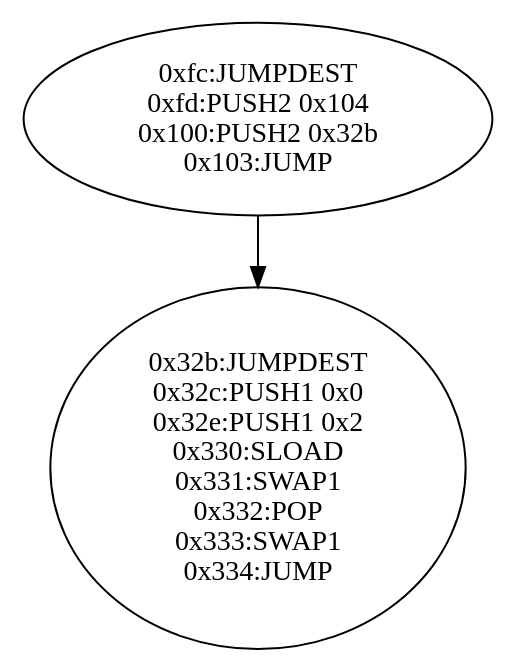
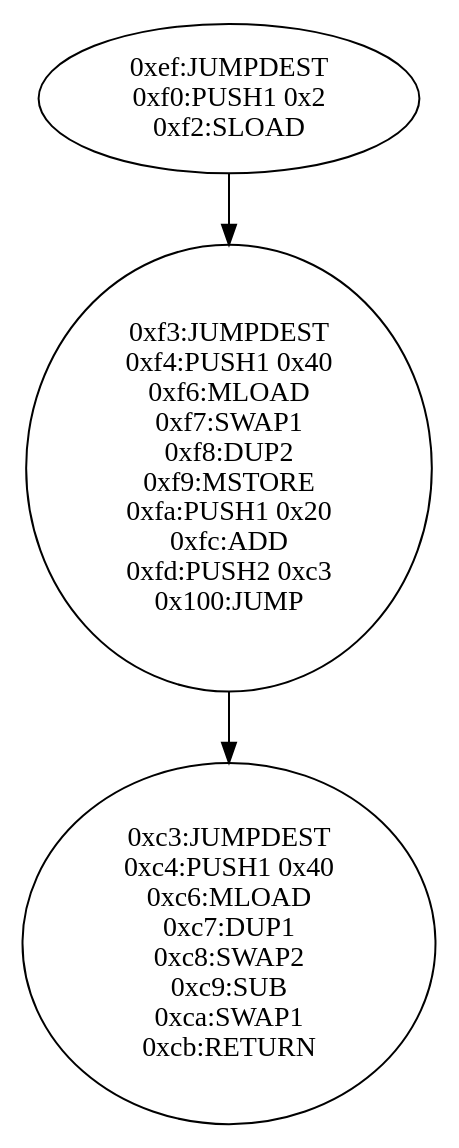
One commit to steventhornton/openzeppelin-research-project changed the diagram in erc20-example/cfg/output/Token.bin-runtime_totalSupply().dot. Above: the diagram before and after it, drawn with Graphviz. The commit also changed 12 other files, not shown here.

```diff
--- a/erc20-example/cfg/output/Token.bin-runtime_totalSupply().dot
+++ b/erc20-example/cfg/output/Token.bin-runtime_totalSupply().dot
@@ -1,16 +1,26 @@
 digraph{
-252[label="0xfc:JUMPDEST
-0xfd:PUSH2 0x104
-0x100:PUSH2 0x32b
-0x103:JUMP"]
-252 -> 811
-811[label="0x32b:JUMPDEST
-0x32c:PUSH1 0x0
-0x32e:PUSH1 0x2
-0x330:SLOAD
-0x331:SWAP1
-0x332:POP
-0x333:SWAP1
-0x334:JUMP"]
+239[label="0xef:JUMPDEST
+0xf0:PUSH1 0x2
+0xf2:SLOAD"]
+239 -> 243
+243[label="0xf3:JUMPDEST
+0xf4:PUSH1 0x40
+0xf6:MLOAD
+0xf7:SWAP1
+0xf8:DUP2
+0xf9:MSTORE
+0xfa:PUSH1 0x20
+0xfc:ADD
+0xfd:PUSH2 0xc3
+0x100:JUMP"]
+243 -> 195
+195[label="0xc3:JUMPDEST
+0xc4:PUSH1 0x40
+0xc6:MLOAD
+0xc7:DUP1
+0xc8:SWAP2
+0xc9:SUB
+0xca:SWAP1
+0xcb:RETURN"]
 
 }
```
